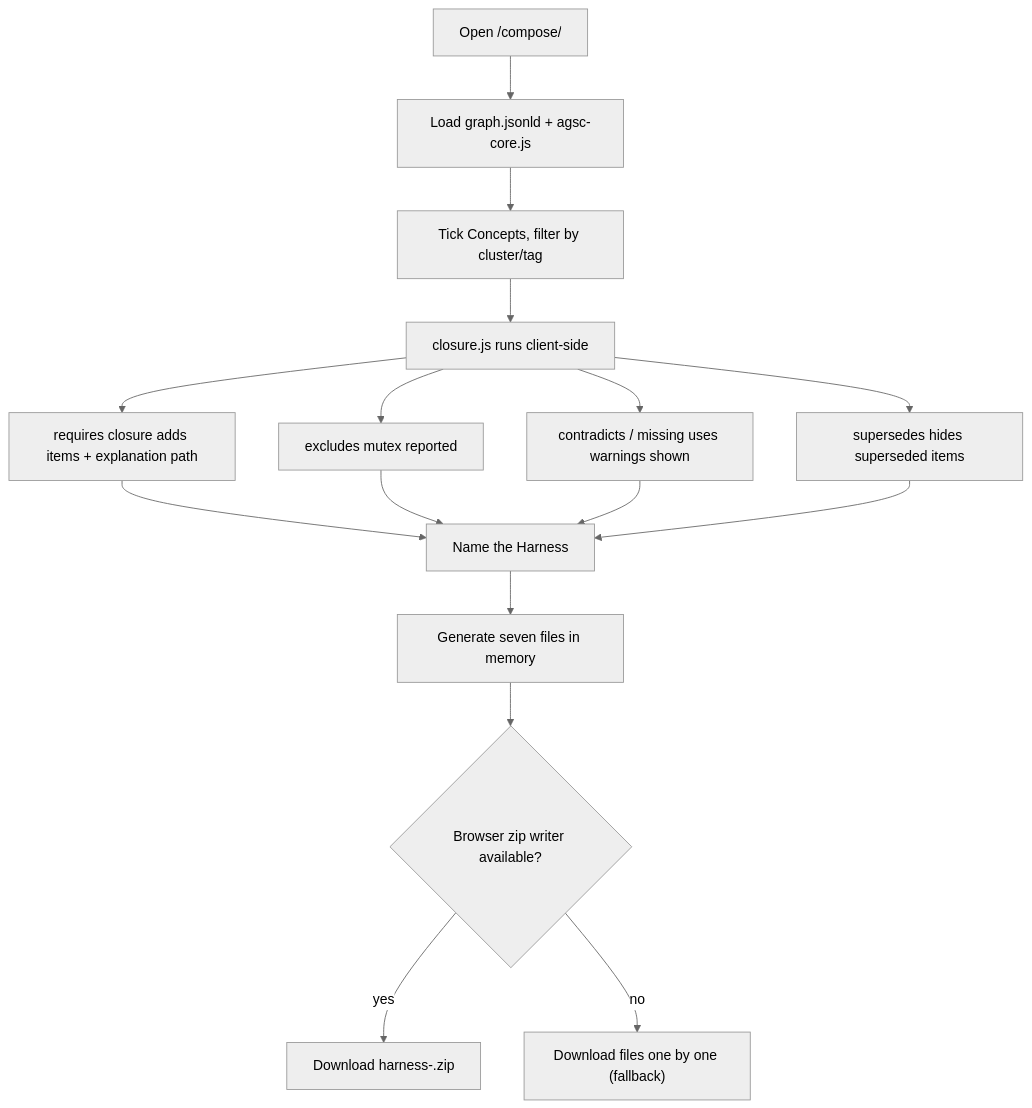
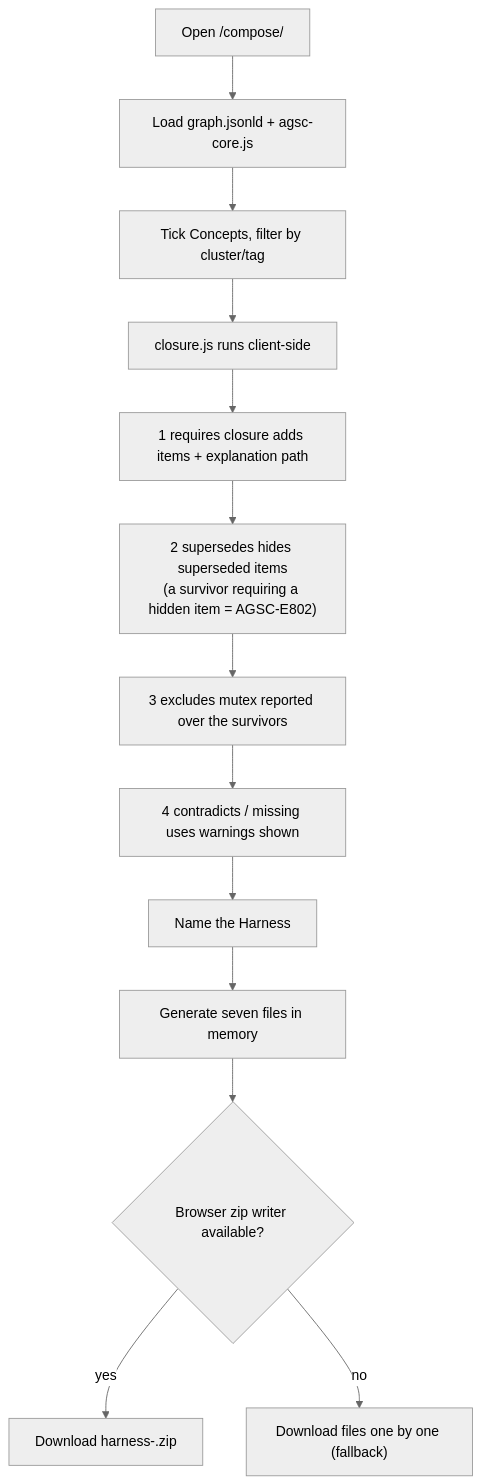
Before and after one commit to andreibesleaga/agentic-system-core: the third of 5 diagrams in docs/diagrams/user-flows.md, drawn with Mermaid (neutral theme). The commit also changed other lines of this file and 41 other files, not shown here.

````diff
--- a/docs/diagrams/user-flows.md
+++ b/docs/diagrams/user-flows.md
@@ -41,18 +41,15 @@
 ```mermaid
 flowchart TD
   A["Open /compose/"] --> B["Load graph.jsonld + agsc-core.js"]
   B --> C["Tick Concepts, filter by cluster/tag"]
   C --> D["closure.js runs client-side"]
-  D --> E["requires closure adds items + explanation path"]
-  D --> F["excludes mutex reported"]
-  D --> G["contradicts / missing uses warnings shown"]
-  D --> H["supersedes hides superseded items"]
-  E --> I["Name the Harness"]
-  F --> I
-  G --> I
-  H --> I
+  D --> E["1 requires closure adds items + explanation path"]
+  E --> F["2 supersedes hides superseded items\n(a survivor requiring a hidden item = AGSC-E802)"]
+  F --> G["3 excludes mutex reported over the survivors"]
+  G --> H["4 contradicts / missing uses warnings shown"]
+  H --> I["Name the Harness"]
   I --> J["Generate seven files in memory"]
   J --> K{"Browser zip writer available?"}
   K -- yes --> L["Download harness-<name>.zip"]
   K -- no --> M["Download files one by one (fallback)"]
 ```
````
